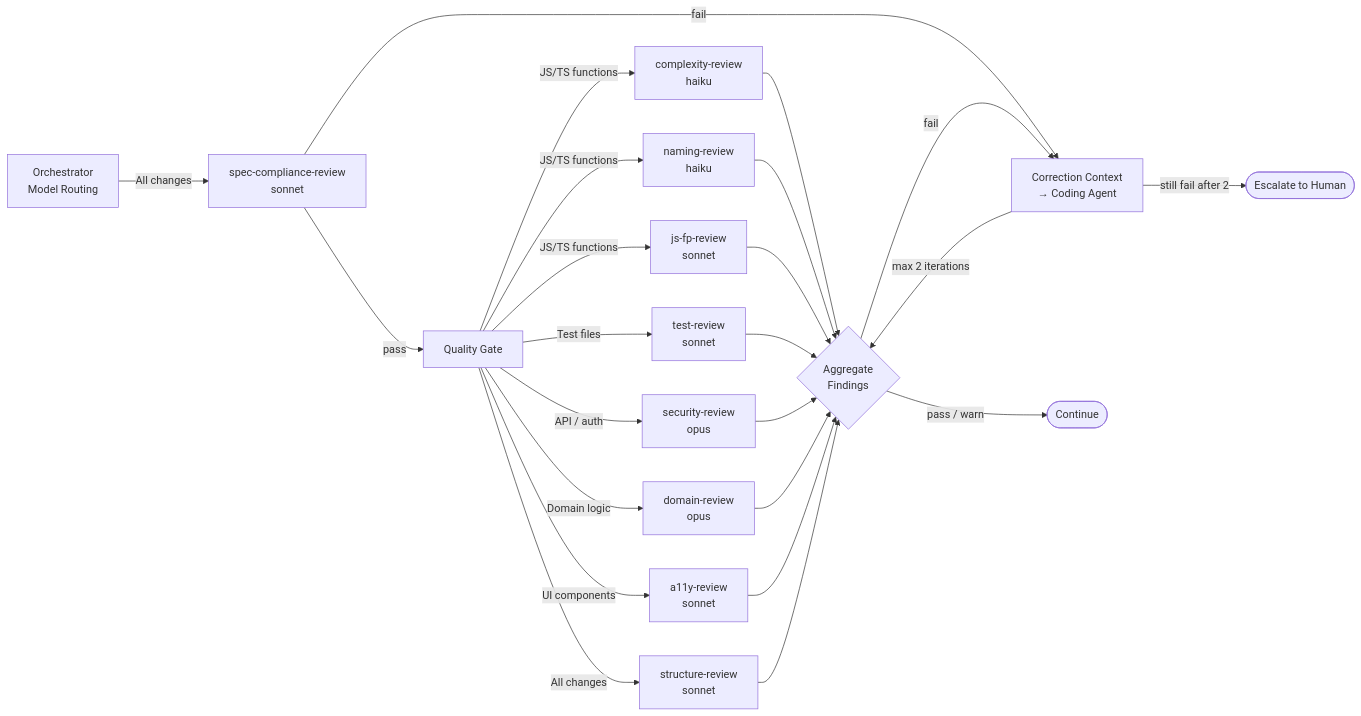
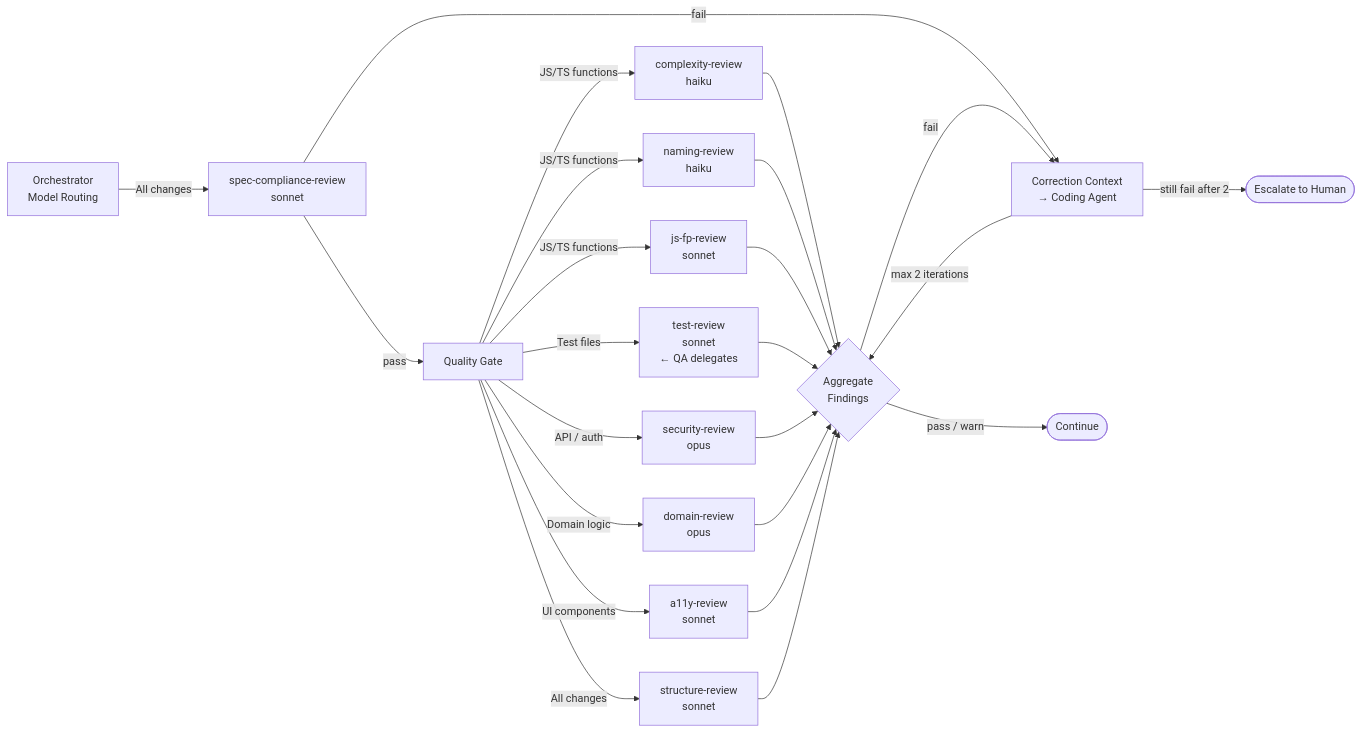
One commit to bdfinst/agentic-dev-team changed the second of 2 diagrams in docs/team-structure.md. Above: the diagram before and after it, drawn with Mermaid. The commit also changed 35 other files, not shown here.

````diff
--- a/docs/team-structure.md
+++ b/docs/team-structure.md
@@ -36,21 +36,21 @@
 ```mermaid
 flowchart LR
     CO[Orchestrator\nModel Routing] -->|All changes| R0[spec-compliance-review\nsonnet]
     R0 -->|pass| QUALITY[Quality Gate]
     R0 -->|fail| FB
 
     QUALITY -->|JS/TS functions| R1[complexity-review\nhaiku]
     QUALITY -->|JS/TS functions| R2[naming-review\nhaiku]
     QUALITY -->|JS/TS functions| R3[js-fp-review\nsonnet]
-    QUALITY -->|Test files| R4[test-review\nsonnet]
+    QUALITY -->|Test files| R4[test-review\nsonnet\n← QA delegates]
     QUALITY -->|API / auth| R5[security-review\nopus]
     QUALITY -->|Domain logic| R6[domain-review\nopus]
     QUALITY -->|UI components| R7[a11y-review\nsonnet]
     QUALITY -->|All changes| R8[structure-review\nsonnet]
 
     R1 & R2 & R3 & R4 & R5 & R6 & R7 & R8 --> AGG{Aggregate\nFindings}
     AGG -->|pass / warn| CONT([Continue])
     AGG -->|fail| FB[Correction Context\n→ Coding Agent]
     FB -->|max 2 iterations| AGG
     FB -->|still fail after 2| HU([Escalate to Human])
 ```
````
